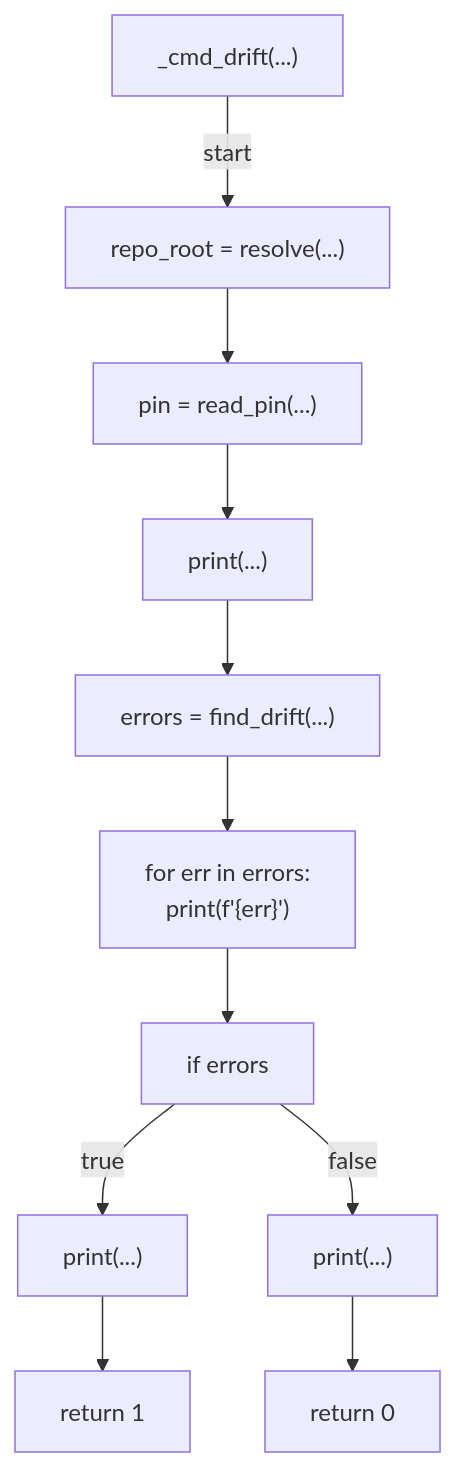
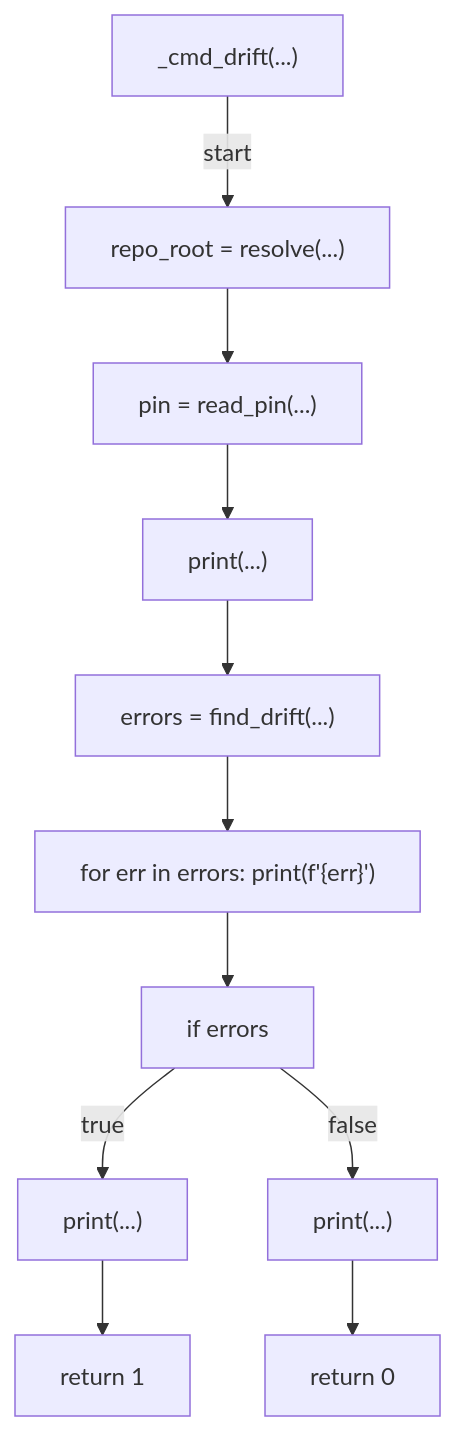
The seventh of 9 diagrams in docs/generated/scripts/ast/uv_pin.md (tvna/claude-md), drawn with Mermaid before and after one commit. The commit also changed other lines of this file and 15 other files, not shown here.

First line of the commit message:
docs(generated): regenerate decision tree and workflow diagrams (batch 5/5)

````diff
--- a/docs/generated/scripts/ast/uv_pin.md
+++ b/docs/generated/scripts/ast/uv_pin.md
@@ -152,25 +127,24 @@
 ```mermaid
 flowchart TD
     N001["_cmd_drift(...)"]
     N002["repo_root = resolve(...)"]
     N003["pin = read_pin(...)"]
     N004["print(...)"]
     N005["errors = find_drift(...)"]
-    N006["for err in errors:
-    print(f'<str>{err}')"]
+    N006["for err in errors:     print(f'<str>{err}')"]
     N007["if errors"]
     N008["print(...)"]
     N009["return 1"]
     N010["print(...)"]
     N011["return 0"]
     N001 -->|"start"| N002
     N002 --> N003
     N003 --> N004
     N004 --> N005
     N005 --> N006
     N006 --> N007
     N007 -->|"true"| N008
     N008 --> N009
     N007 -->|"false"| N010
     N010 --> N011
 ```
````
